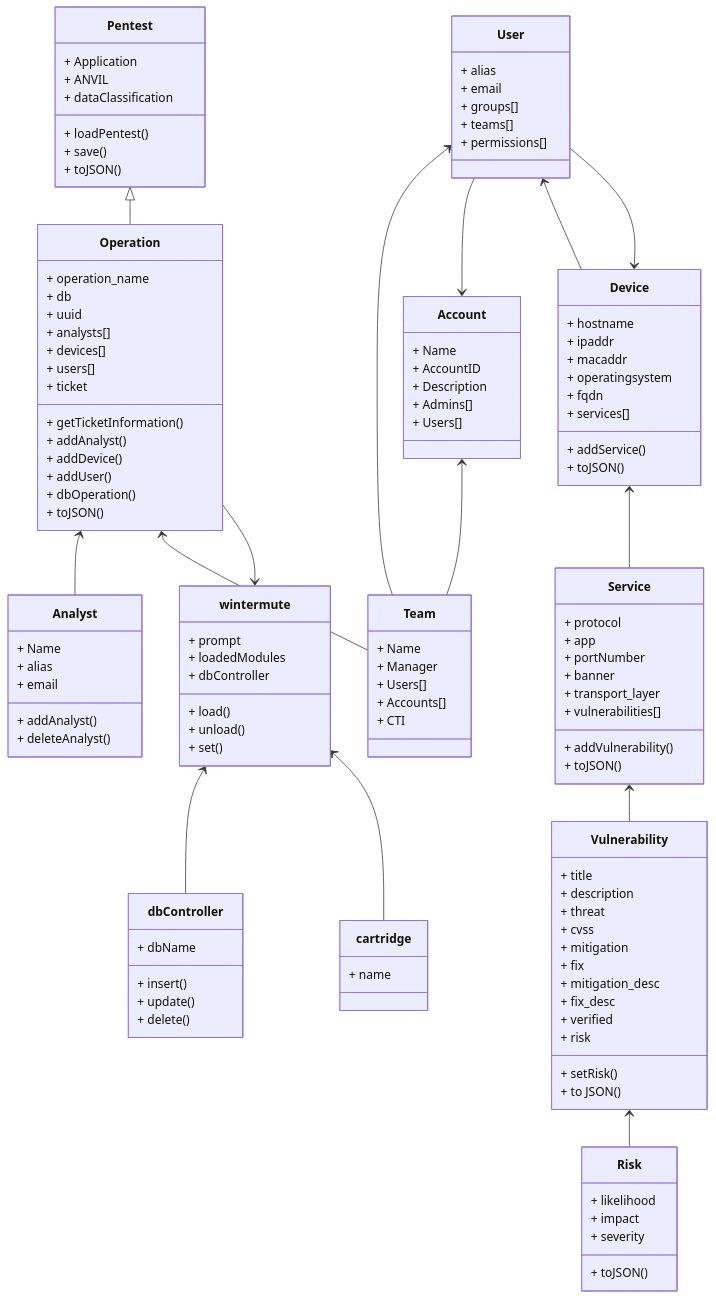
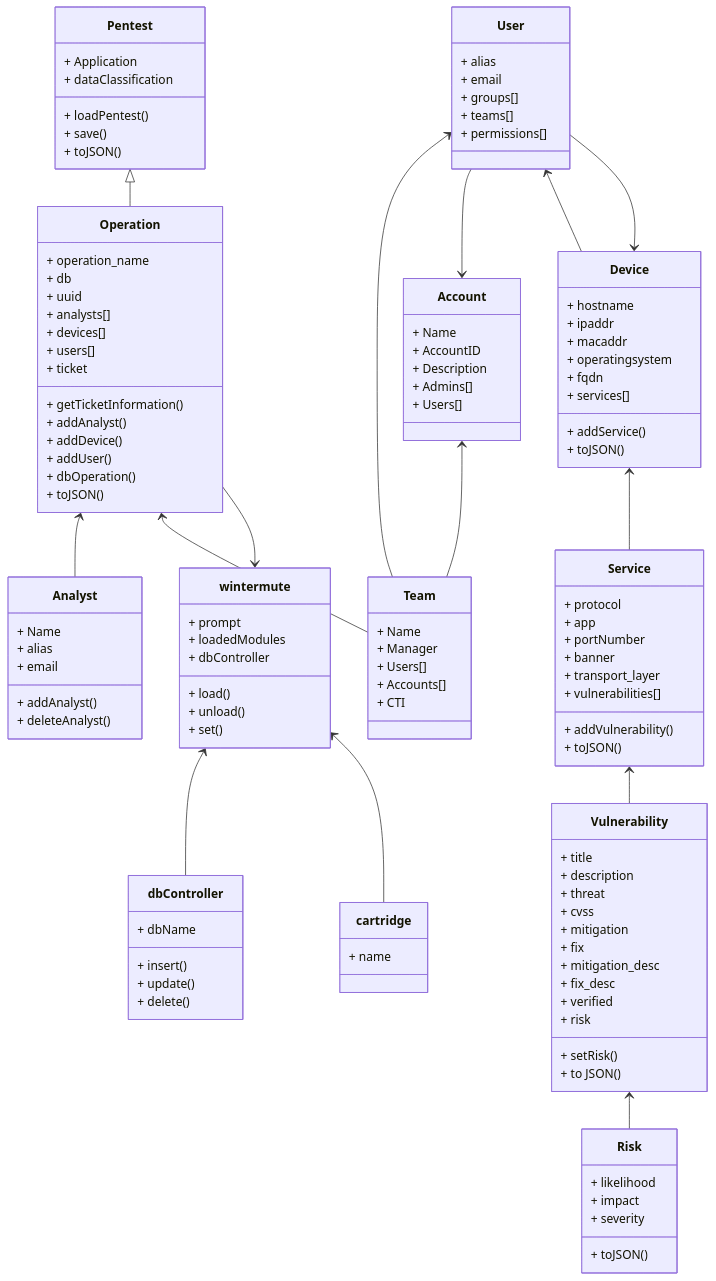
One commit to nahualito/wintermute changed the diagram in README.md. Above: the diagram before and after it, drawn with Mermaid. The commit also changed other lines of this file, not shown here.

```diff
--- a/README.md
+++ b/README.md
@@ -61,7 +61,6 @@
 }
 class Pentest {
 + Application
-+ ANVIL
 + dataClassification
 + loadPentest()
 + save()
```
